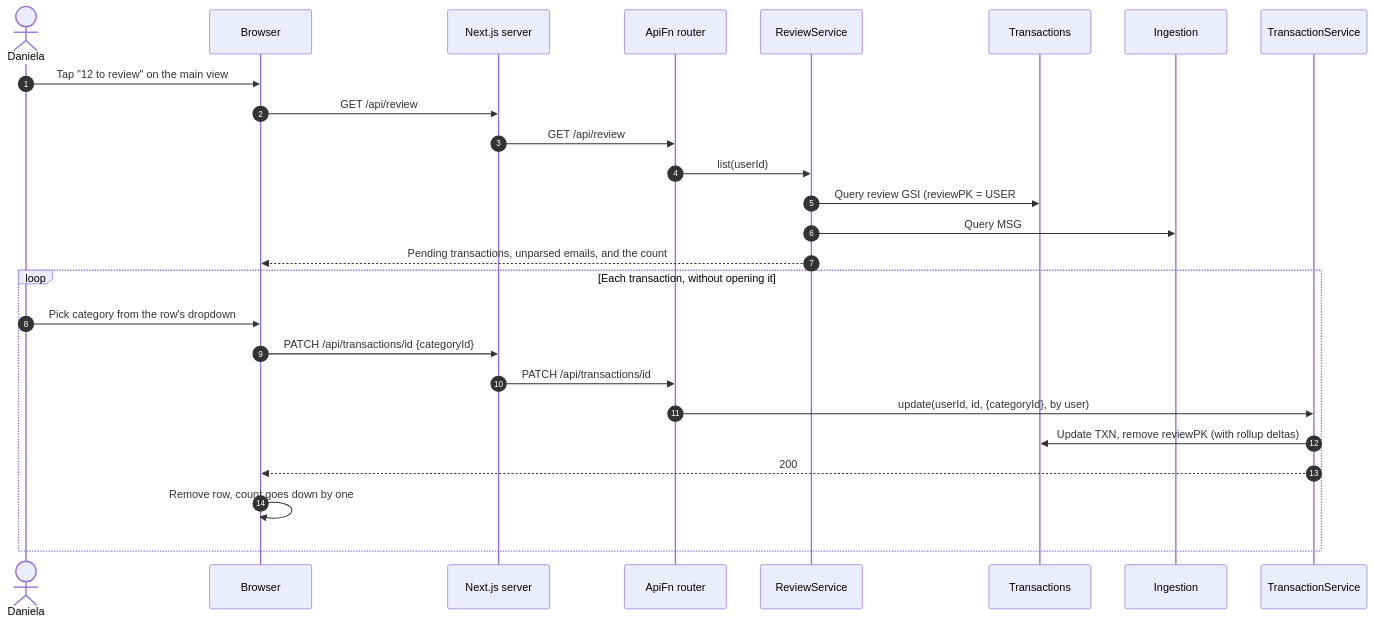
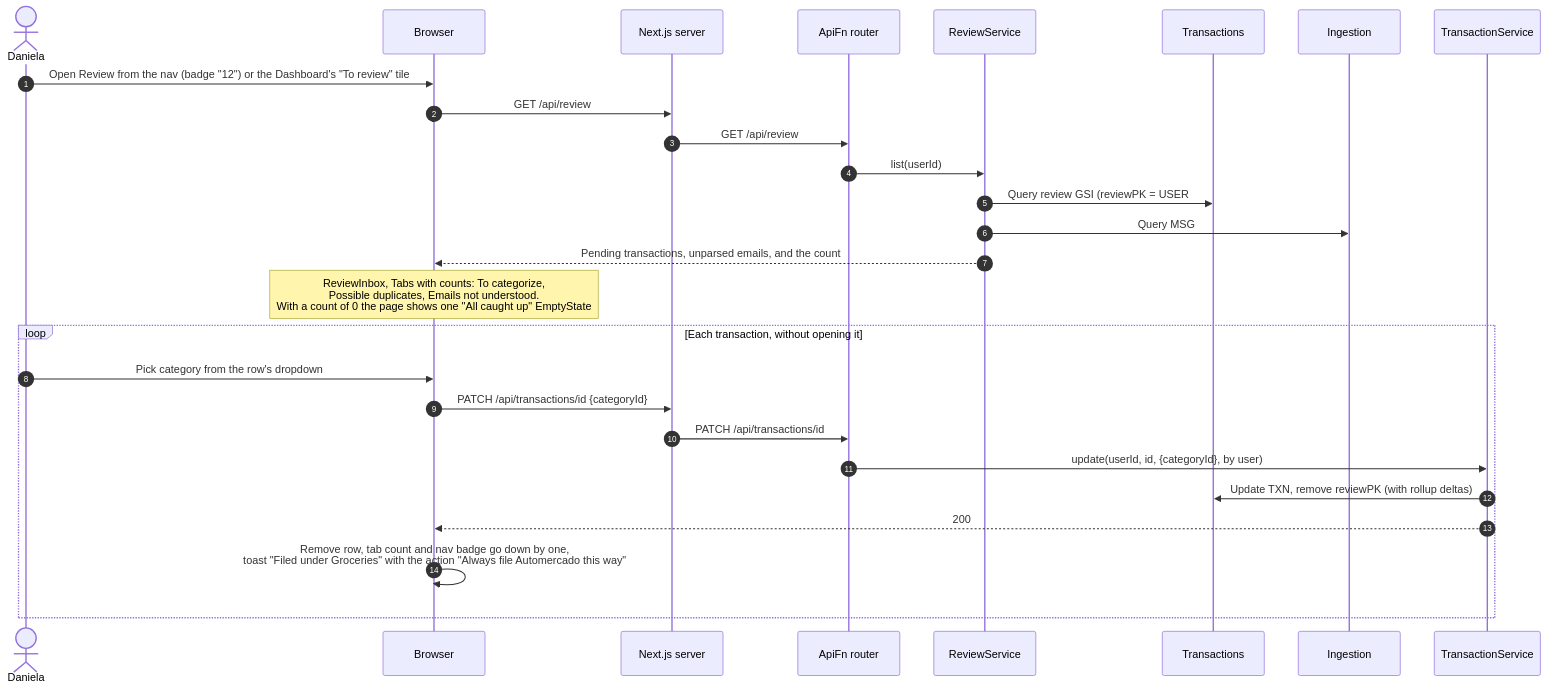
The fifth of 5 diagrams in docs/diagrams/sequences/02-categorization-and-rules.md (Ezequiel294/cs3365-finance-app), drawn with Mermaid before and after one commit. The commit also changed other lines of this file and 18 other files, not shown here.

Commit message:
attempt 3 design/architecture changes

````diff
--- a/docs/diagrams/sequences/02-categorization-and-rules.md
+++ b/docs/diagrams/sequences/02-categorization-and-rules.md
@@ -153,29 +208,30 @@
 ```mermaid
 sequenceDiagram
     autonumber
     actor U as Daniela
     participant UI as Browser
     participant Web as Next.js server
     participant API as ApiFn router
     participant RS as ReviewService
     participant Tx as Transactions
     participant Ing as Ingestion
     participant TS as TransactionService
 
-    U->>UI: Tap "12 to review" on the main view
+    U->>UI: Open Review from the nav (badge "12") or the Dashboard's "To review" tile
     UI->>Web: GET /api/review
     Web->>API: GET /api/review
     API->>RS: list(userId)
     RS->>Tx: Query review GSI (reviewPK = USER#id)
     RS->>Ing: Query MSG# with status unparsed
     RS-->>UI: Pending transactions, unparsed emails, and the count
+    Note over UI: ReviewInbox, Tabs with counts: To categorize,<br/>Possible duplicates, Emails not understood.<br/>With a count of 0 the page shows one "All caught up" EmptyState
     loop Each transaction, without opening it
         U->>UI: Pick category from the row's dropdown
         UI->>Web: PATCH /api/transactions/id {categoryId}
         Web->>API: PATCH /api/transactions/id
         API->>TS: update(userId, id, {categoryId}, by user)
         TS->>Tx: Update TXN, remove reviewPK (with rollup deltas)
         TS-->>UI: 200
-        UI->>UI: Remove row, count goes down by one
+        UI->>UI: Remove row, tab count and nav badge go down by one,<br/>toast "Filed under Groceries" with the action "Always file Automercado this way"
     end
 ```
````
